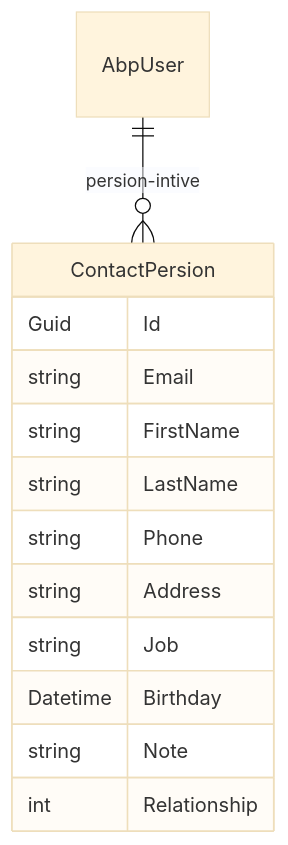
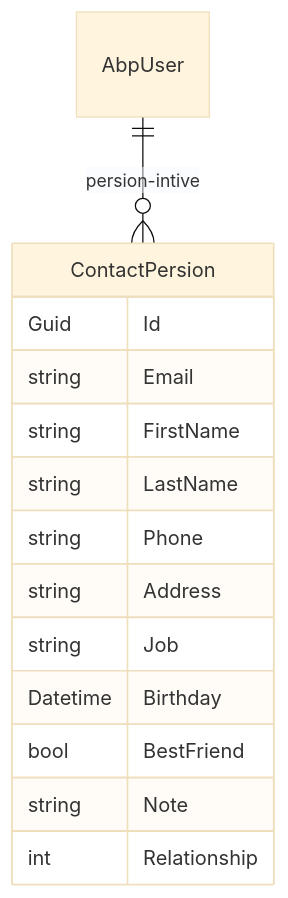
One commit to orc123/ContactApp changed the diagram in docs/db-desgin.md. Above: the diagram before and after it, drawn with Mermaid (base theme). The commit also changed 8 other files, not shown here.

````diff
--- a/docs/db-desgin.md
+++ b/docs/db-desgin.md
@@ -3,18 +3,19 @@
 ```mermaid
 erDiagram
 	AbpUser ||--o{ContactPersion : persion-intive
 
 	ContactPersion {
 		Guid Id
 		string Email
 		string FirstName
 		string LastName
 		string Phone
 		string Address
 		string Job
 		Datetime Birthday
+		bool BestFriend
 		string Note
 		int Relationship
 	}
 
 ```
````
